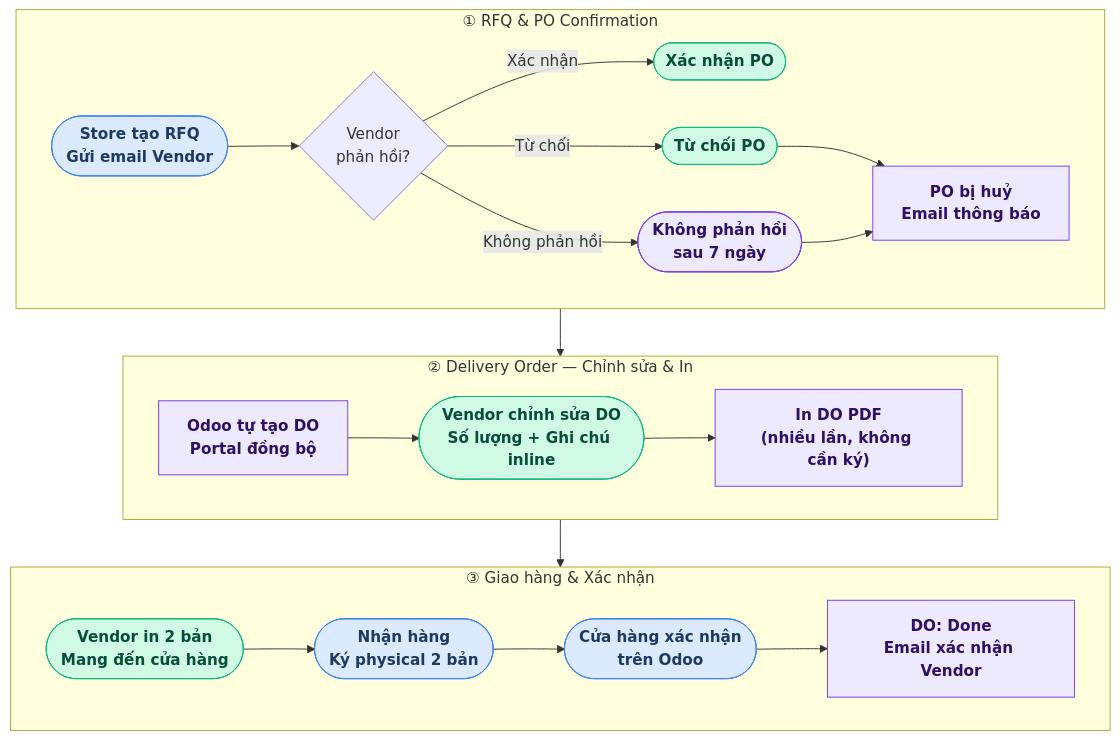
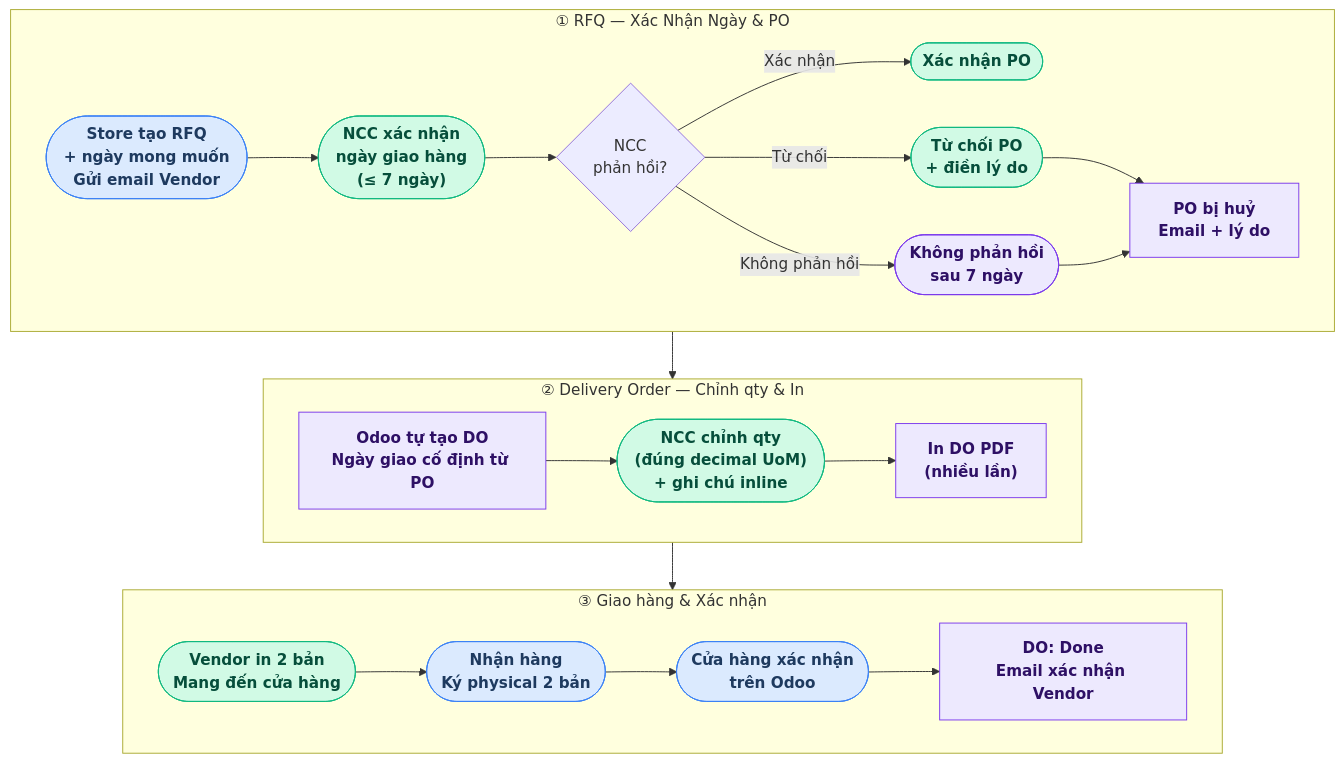
The second of 2 diagrams in README.md (3Sach/3S_vendor_portal), drawn with Mermaid before and after one commit. The commit also changed other lines of this file and 1 other file, not shown here.

First line of the commit message:
Cập nhật quy trình PO: xác nhận ngày 2 bước, từ chối có lý do, DO chỉ chỉnh qty

````diff
--- a/README.md
+++ b/README.md
@@ -181,42 +190,43 @@
 ```mermaid
 flowchart TB
     classDef vendor fill:#D1FAE5,stroke:#10B981,color:#064E3B,font-weight:bold
     classDef portal fill:#EDE9FE,stroke:#7C3AED,color:#2E1065,font-weight:bold
     classDef store  fill:#DBEAFE,stroke:#3B82F6,color:#1E3A5F,font-weight:bold
 
-    subgraph R1["① RFQ & PO Confirmation"]
+    subgraph R1["① RFQ — Xác Nhận Ngày & PO"]
         direction LR
-        S1(["Store tạo RFQ\nGửi email Vendor"]):::store
-        V0{"Vendor\nphản hồi?"}
+        S1(["Store tạo RFQ\n+ ngày mong muốn\nGửi email Vendor"]):::store
+        V_D(["NCC xác nhận\nngày giao hàng\n(≤ 7 ngày)"]):::vendor
+        V0{"NCC\nphản hồi?"}
         V_C(["Xác nhận PO"]):::vendor
-        V_R(["Từ chối PO"]):::vendor
+        V_R(["Từ chối PO\n+ điền lý do"]):::vendor
         V_A(["Không phản hồi\nsau 7 ngày"]):::portal
-        P_X["PO bị huỷ\nEmail thông báo"]:::portal
-        S1 --> V0
+        P_X["PO bị huỷ\nEmail + lý do"]:::portal
+        S1 --> V_D --> V0
         V0 -- Xác nhận --> V_C
         V0 -- Từ chối --> V_R
         V0 -- Không phản hồi --> V_A
         V_R --> P_X
         V_A --> P_X
     end
 
-    subgraph R2["② Delivery Order — Chỉnh sửa & In"]
+    subgraph R2["② Delivery Order — Chỉnh qty & In"]
         direction LR
-        P_DO["Odoo tự tạo DO\nPortal đồng bộ"]:::portal
-        V1(["Vendor chỉnh sửa DO\nSố lượng + Ghi chú inline"]):::vendor
-        P1["In DO PDF\n(nhiều lần, không cần ký)"]:::portal
+        P_DO["Odoo tự tạo DO\nNgày giao cố định từ PO"]:::portal
+        V1(["NCC chỉnh qty\n(đúng decimal UoM)\n+ ghi chú inline"]):::vendor
+        P1["In DO PDF\n(nhiều lần)"]:::portal
         P_DO --> V1 --> P1
     end
 
     subgraph R3["③ Giao hàng & Xác nhận"]
         direction LR
         V3(["Vendor in 2 bản\nMang đến cửa hàng"]):::vendor
         D1(["Nhận hàng\nKý physical 2 bản"]):::store
         D2(["Cửa hàng xác nhận\ntrên Odoo"]):::store
         P2["DO: Done\nEmail xác nhận Vendor"]:::portal
         V3 --> D1 --> D2 --> P2
     end
 
     V_C --> P_DO
     P1  --> V3
 ```
````
